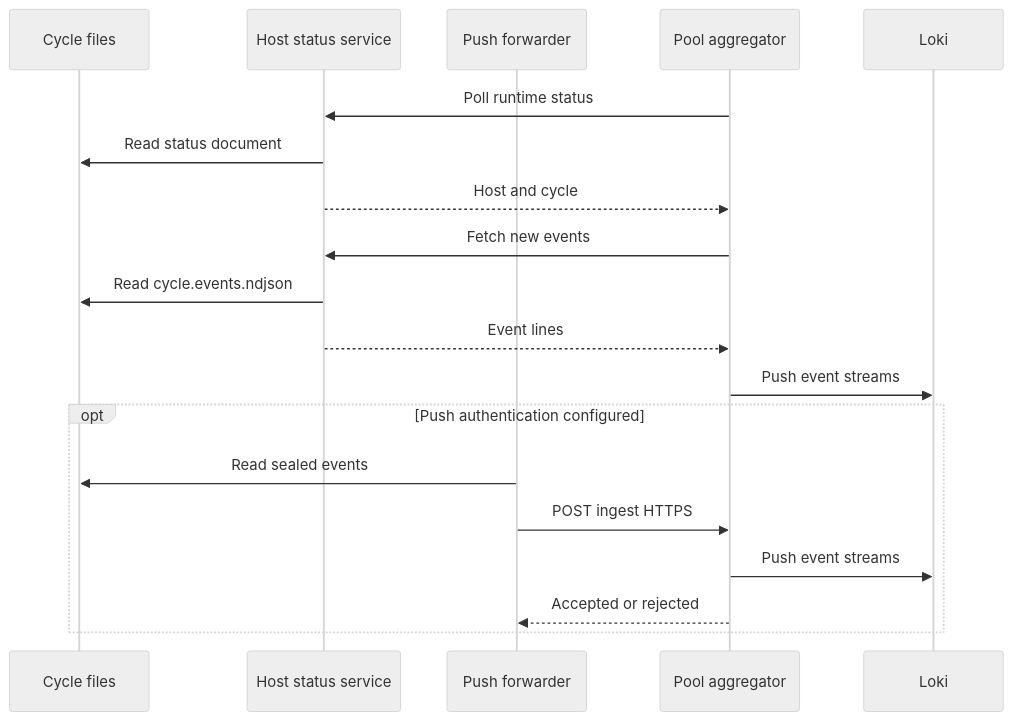
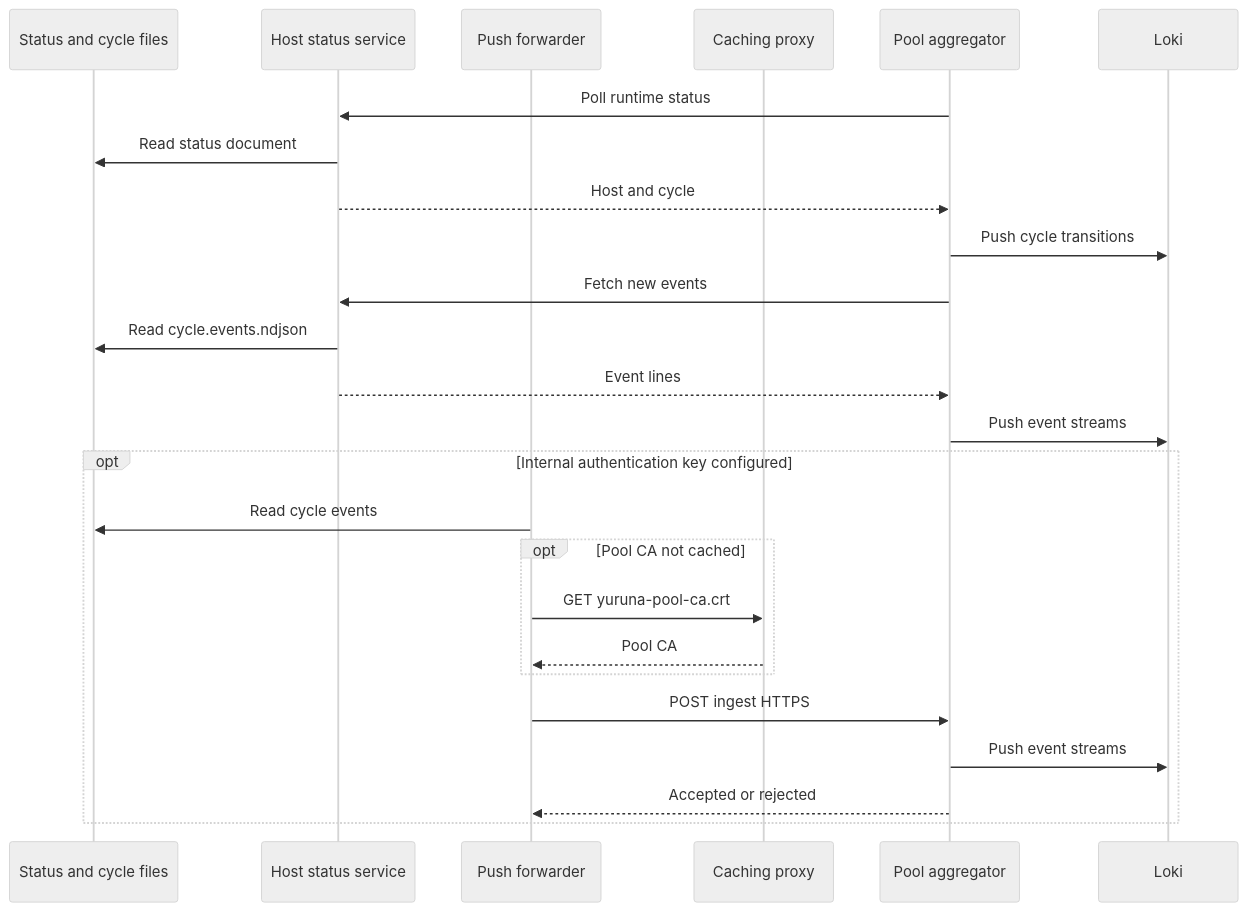
Before and after one commit to alissonsol/yuruna: the third of 10 diagrams in docs/design/03-data-flows.md, drawn with Mermaid (neutral theme). The commit also changed other lines of this file and 1409 other files, not shown here.

````diff
--- a/docs/design/03-data-flows.md
+++ b/docs/design/03-data-flows.md
@@ -91,21 +108,27 @@
 ```mermaid
 sequenceDiagram
-    participant cycle-events-ndjson as Cycle files
+    participant cycle-events-ndjson as Status and cycle files
     participant start-status-service-ps1 as Host status service
     participant invoke-pool-push-forwarder-ps1 as Push forwarder
+    participant caching-proxy-service as Caching proxy
     participant pool-aggregator-service as Pool aggregator
     participant loki as Loki
     pool-aggregator-service->>start-status-service-ps1: Poll runtime status
     start-status-service-ps1->>cycle-events-ndjson: Read status document
     start-status-service-ps1-->>pool-aggregator-service: Host and cycle
+    pool-aggregator-service->>loki: Push cycle transitions
     pool-aggregator-service->>start-status-service-ps1: Fetch new events
     start-status-service-ps1->>cycle-events-ndjson: Read cycle.events.ndjson
     start-status-service-ps1-->>pool-aggregator-service: Event lines
     pool-aggregator-service->>loki: Push event streams
-    opt Push authentication configured
-        invoke-pool-push-forwarder-ps1->>cycle-events-ndjson: Read sealed events
+    opt Internal authentication key configured
+        invoke-pool-push-forwarder-ps1->>cycle-events-ndjson: Read cycle events
+        opt Pool CA not cached
+            invoke-pool-push-forwarder-ps1->>caching-proxy-service: GET yuruna-pool-ca.crt
+            caching-proxy-service-->>invoke-pool-push-forwarder-ps1: Pool CA
+        end
         invoke-pool-push-forwarder-ps1->>pool-aggregator-service: POST ingest HTTPS
         pool-aggregator-service->>loki: Push event streams
         pool-aggregator-service-->>invoke-pool-push-forwarder-ps1: Accepted or rejected
     end
 ```
````
